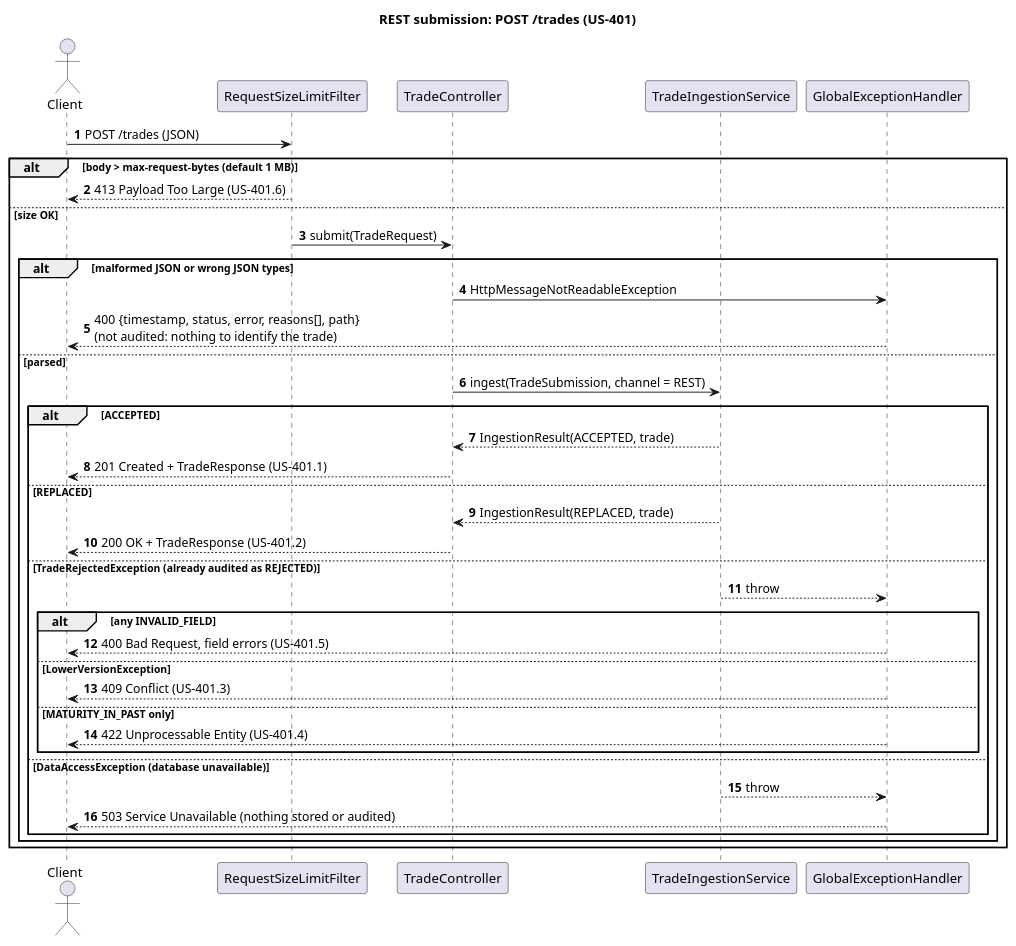
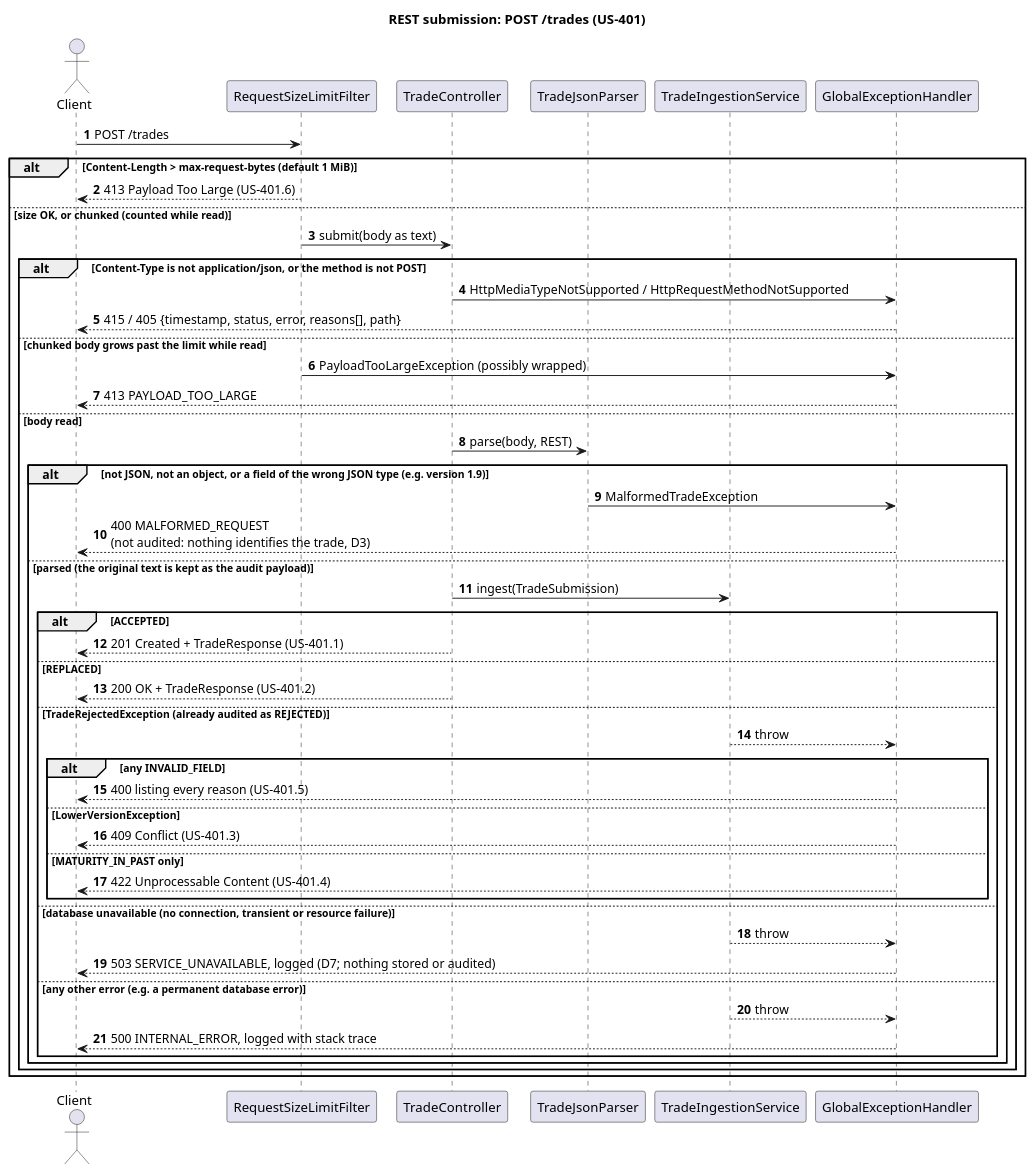
One commit to kuldipkumar/Trade-store changed the diagram in docs/diagrams/05-seq-rest-submit.puml. Above: the diagram before and after it, drawn with PlantUML. The commit also changed 7 other files, not shown here.

Commit message:
docs: US-401 address review: class and REST sequence diagrams, LLD 1 and 7, test review, PROMPTS

```diff
--- a/docs/diagrams/05-seq-rest-submit.puml
+++ b/docs/diagrams/05-seq-rest-submit.puml
@@ -1,44 +1,55 @@
 @startuml 05-seq-rest-submit
 title REST submission: POST /trades (US-401)
 
 autonumber
 actor Client
 participant RequestSizeLimitFilter
 participant TradeController
+participant TradeJsonParser
 participant TradeIngestionService
 participant GlobalExceptionHandler
 
-Client -> RequestSizeLimitFilter : POST /trades (JSON)
+Client -> RequestSizeLimitFilter : POST /trades
 
-alt body > max-request-bytes (default 1 MB)
+alt Content-Length > max-request-bytes (default 1 MiB)
   RequestSizeLimitFilter --> Client : 413 Payload Too Large (US-401.6)
-else size OK
-  RequestSizeLimitFilter -> TradeController : submit(TradeRequest)
-  alt malformed JSON or wrong JSON types
-    TradeController -> GlobalExceptionHandler : HttpMessageNotReadableException
-    GlobalExceptionHandler --> Client : 400 {timestamp, status, error, reasons[], path}\n(not audited: nothing to identify the trade)
-  else parsed
-    TradeController -> TradeIngestionService : ingest(TradeSubmission, channel = REST)
-    alt ACCEPTED
-      TradeIngestionService --> TradeController : IngestionResult(ACCEPTED, trade)
-      TradeController --> Client : 201 Created + TradeResponse (US-401.1)
-    else REPLACED
-      TradeIngestionService --> TradeController : IngestionResult(REPLACED, trade)
-      TradeController --> Client : 200 OK + TradeResponse (US-401.2)
-    else TradeRejectedException (already audited as REJECTED)
-      TradeIngestionService --> GlobalExceptionHandler : throw
-      alt any INVALID_FIELD
-        GlobalExceptionHandler --> Client : 400 Bad Request, field errors (US-401.5)
-      else LowerVersionException
-        GlobalExceptionHandler --> Client : 409 Conflict (US-401.3)
-      else MATURITY_IN_PAST only
-        GlobalExceptionHandler --> Client : 422 Unprocessable Entity (US-401.4)
+else size OK, or chunked (counted while read)
+  RequestSizeLimitFilter -> TradeController : submit(body as text)
+  alt Content-Type is not application/json, or the method is not POST
+    TradeController -> GlobalExceptionHandler : HttpMediaTypeNotSupported / HttpRequestMethodNotSupported
+    GlobalExceptionHandler --> Client : 415 / 405 {timestamp, status, error, reasons[], path}
+  else chunked body grows past the limit while read
+    RequestSizeLimitFilter -> GlobalExceptionHandler : PayloadTooLargeException (possibly wrapped)
+    GlobalExceptionHandler --> Client : 413 PAYLOAD_TOO_LARGE
+  else body read
+    TradeController -> TradeJsonParser : parse(body, REST)
+    alt not JSON, not an object, or a field of the wrong JSON type (e.g. version 1.9)
+      TradeJsonParser -> GlobalExceptionHandler : MalformedTradeException
+      GlobalExceptionHandler --> Client : 400 MALFORMED_REQUEST\n(not audited: nothing identifies the trade, D3)
+    else parsed (the original text is kept as the audit payload)
+      TradeController -> TradeIngestionService : ingest(TradeSubmission)
+      alt ACCEPTED
+        TradeController --> Client : 201 Created + TradeResponse (US-401.1)
+      else REPLACED
+        TradeController --> Client : 200 OK + TradeResponse (US-401.2)
+      else TradeRejectedException (already audited as REJECTED)
+        TradeIngestionService --> GlobalExceptionHandler : throw
+        alt any INVALID_FIELD
+          GlobalExceptionHandler --> Client : 400 listing every reason (US-401.5)
+        else LowerVersionException
+          GlobalExceptionHandler --> Client : 409 Conflict (US-401.3)
+        else MATURITY_IN_PAST only
+          GlobalExceptionHandler --> Client : 422 Unprocessable Content (US-401.4)
+        end
+      else database unavailable (no connection, transient or resource failure)
+        TradeIngestionService --> GlobalExceptionHandler : throw
+        GlobalExceptionHandler --> Client : 503 SERVICE_UNAVAILABLE, logged (D7; nothing stored or audited)
+      else any other error (e.g. a permanent database error)
+        TradeIngestionService --> GlobalExceptionHandler : throw
+        GlobalExceptionHandler --> Client : 500 INTERNAL_ERROR, logged with stack trace
       end
-    else DataAccessException (database unavailable)
-      TradeIngestionService --> GlobalExceptionHandler : throw
-      GlobalExceptionHandler --> Client : 503 Service Unavailable (nothing stored or audited)
     end
   end
 end
 
 @enduml
```
